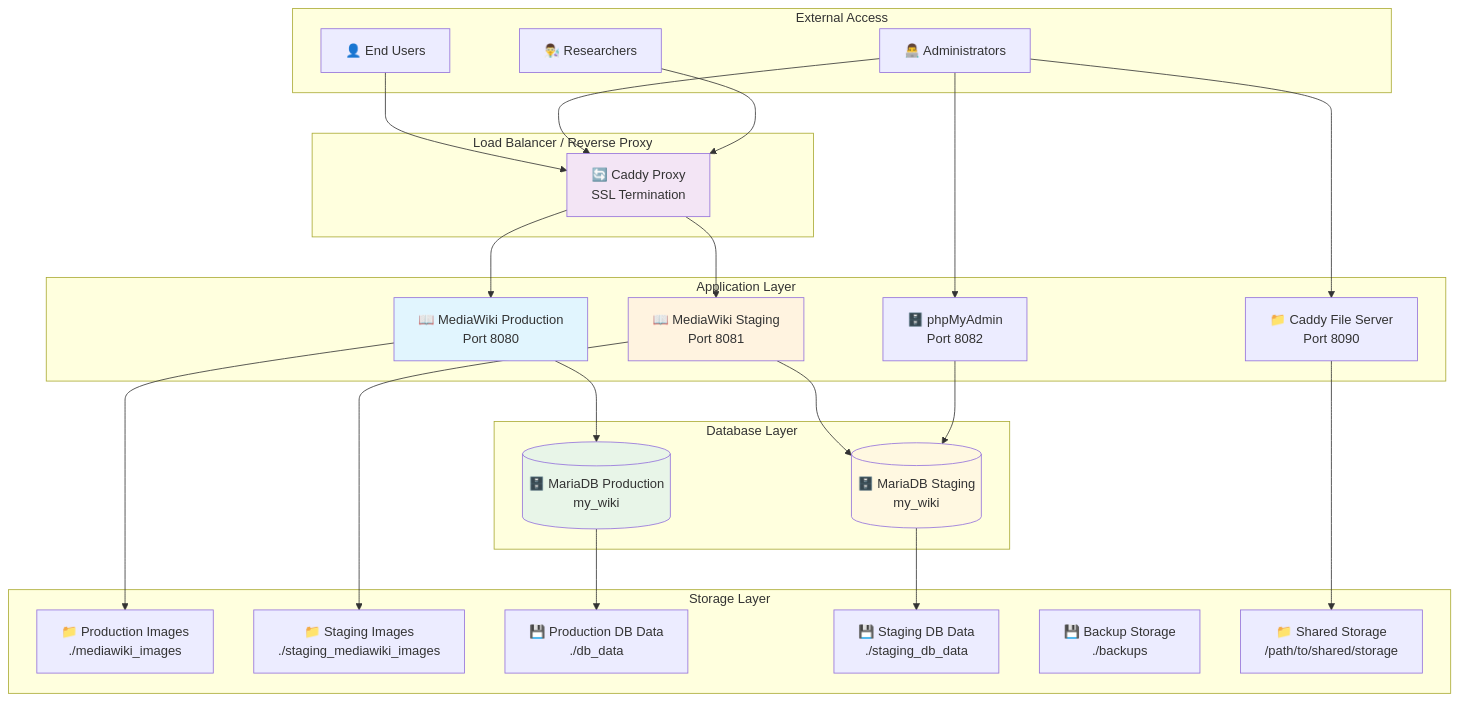
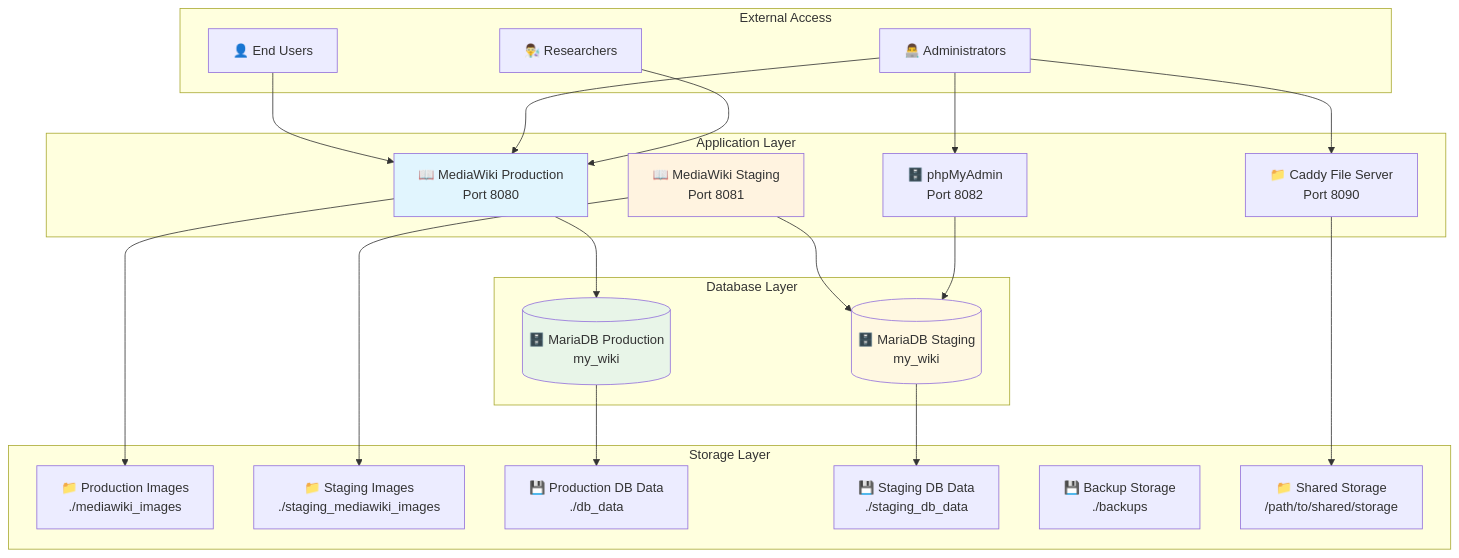
The first of 9 diagrams in src/DEPLOYMENT.qmd (maehr/Sexueller-Missbrauch-im-Umfeld-der-katholischen-Kirche-in-der-Schweiz), drawn with Mermaid before and after one commit. The commit also changed other lines of this file and 3 other files, not shown here.

````diff
--- a/src/DEPLOYMENT.qmd
+++ b/src/DEPLOYMENT.qmd
@@ -23,60 +23,54 @@
 ```{mermaid}
 graph TB
     subgraph "External Access"
         User[👤 End Users]
         Admin[👨‍💻 Administrators]
         Researcher[👨‍🔬 Researchers]
-    end
-
-    subgraph "Load Balancer / Reverse Proxy"
-        Caddy[🔄 Caddy Proxy<br/>SSL Termination]
     end
 
     subgraph "Application Layer"
         MW_Prod[📖 MediaWiki Production<br/>Port 8080]
         MW_Staging[📖 MediaWiki Staging<br/>Port 8081]
         PhpMyAdmin[🗄️ phpMyAdmin<br/>Port 8082]
         FileServer[📁 Caddy File Server<br/>Port 8090]
     end
 
     subgraph "Database Layer"
         DB_Prod[(🗄️ MariaDB Production<br/>my_wiki)]
         DB_Staging[(🗄️ MariaDB Staging<br/>my_wiki)]
     end
 
     subgraph "Storage Layer"
         Images_Prod[📁 Production Images<br/>./mediawiki_images]
         Images_Staging[📁 Staging Images<br/>./staging_mediawiki_images]
         DB_Data_Prod[💾 Production DB Data<br/>./db_data]
         DB_Data_Staging[💾 Staging DB Data<br/>./staging_db_data]
         Backups[💾 Backup Storage<br/>./backups]
         ClusterWork[📁 Shared Storage<br/>/path/to/shared/storage]
     end
 
-    User --> Caddy
-    Admin --> Caddy
-    Researcher --> Caddy
+    User --> MW_Prod
+    Admin --> MW_Prod
+    Researcher --> MW_Prod
 
-    Caddy --> MW_Prod
-    Caddy --> MW_Staging
     Admin --> PhpMyAdmin
     Admin --> FileServer
 
     MW_Prod --> DB_Prod
     MW_Staging --> DB_Staging
 
     MW_Prod --> Images_Prod
     MW_Staging --> Images_Staging
 
     DB_Prod --> DB_Data_Prod
     DB_Staging --> DB_Data_Staging
 
     PhpMyAdmin --> DB_Staging
     FileServer --> ClusterWork
 
     style MW_Prod fill:#e1f5fe
     style MW_Staging fill:#fff3e0
     style DB_Prod fill:#e8f5e8
     style DB_Staging fill:#fff8e1
-    style Caddy fill:#f3e5f5
+    style DB_Staging fill:#fff8e1
 ```
````
